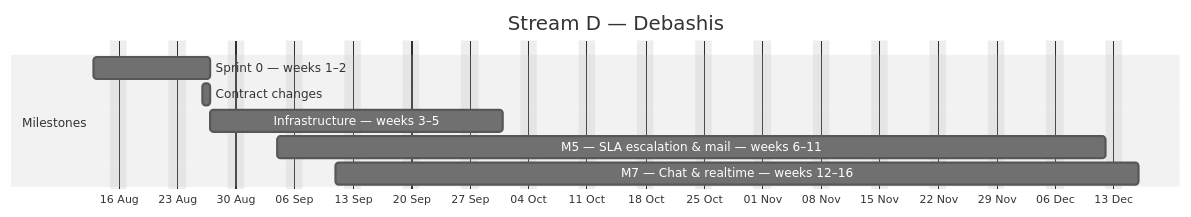
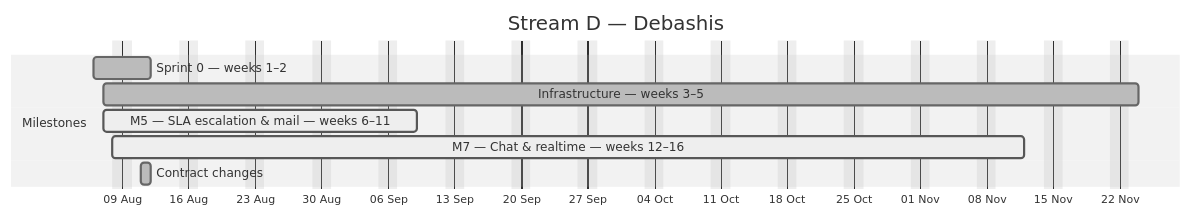
The fourth of 4 diagrams in docs/plan/GANTT.md (debashisedunext/EduTrack), drawn with Mermaid (neutral theme) before and after one commit. The commit also changed other lines of this file and 3 other files, not shown here.

````diff
--- a/docs/plan/GANTT.md
+++ b/docs/plan/GANTT.md
@@ -184,13 +167,13 @@
 ```mermaid
 gantt
     dateFormat YYYY-MM-DD
     axisFormat %d %b
     title Stream D — Debashis
     excludes weekends
     section Milestones
-    Sprint 0 — weeks 1–2 :d0, 2026-08-13, 10d
-    Contract changes :d1, 2026-08-26, 1d
-    Infrastructure — weeks 3–5 :d2, 2026-08-27, 25d
-    M5 — SLA  escalation & mail — weeks 6–11 :d3, 2026-09-04, 71d
-    M7 — Chat & realtime — weeks 12–16 :d4, 2026-09-11, 68d
+    Sprint 0 — weeks 1–2 :done, d0, 2026-08-06, 4d
+    Infrastructure — weeks 3–5 :done, d1, 2026-08-07, 77d
+    M5 — SLA  escalation & mail — weeks 6–11 :active, d2, 2026-08-07, 23d
+    M7 — Chat & realtime — weeks 12–16 :active, d3, 2026-08-08, 69d
+    Contract changes :done, d4, 2026-08-11, 1d
 ```
````
